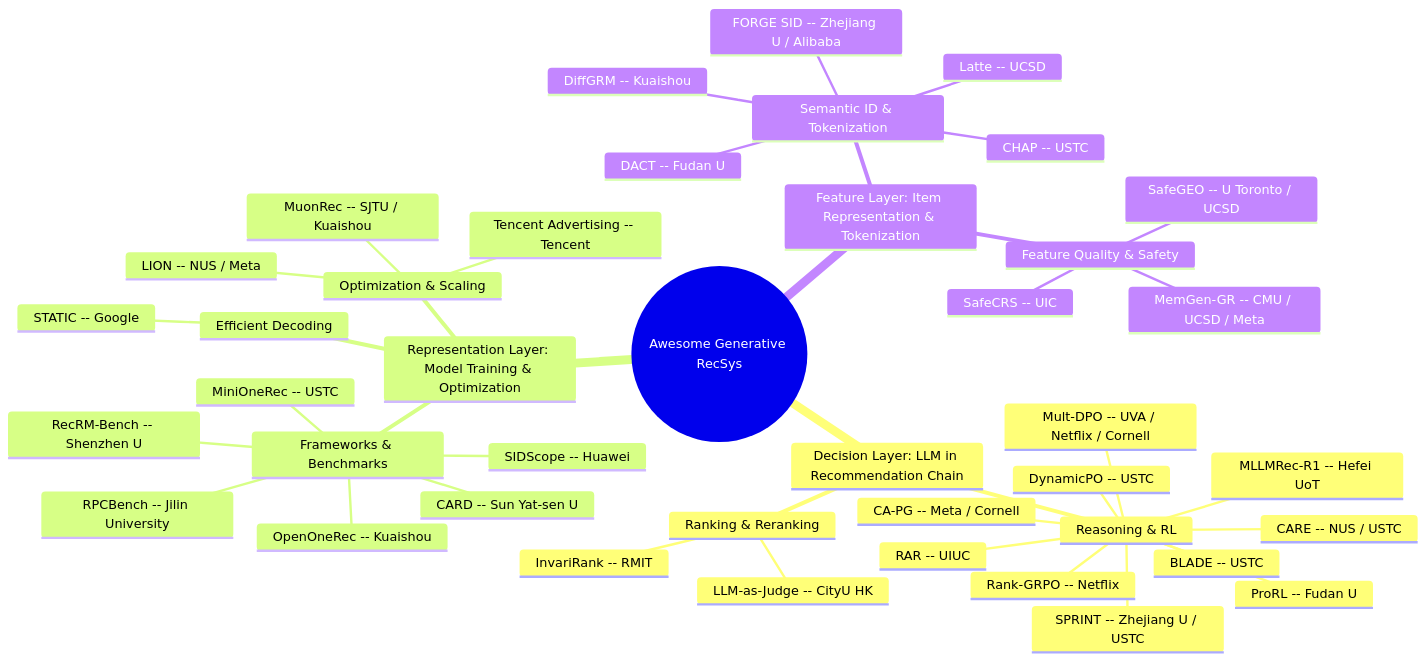
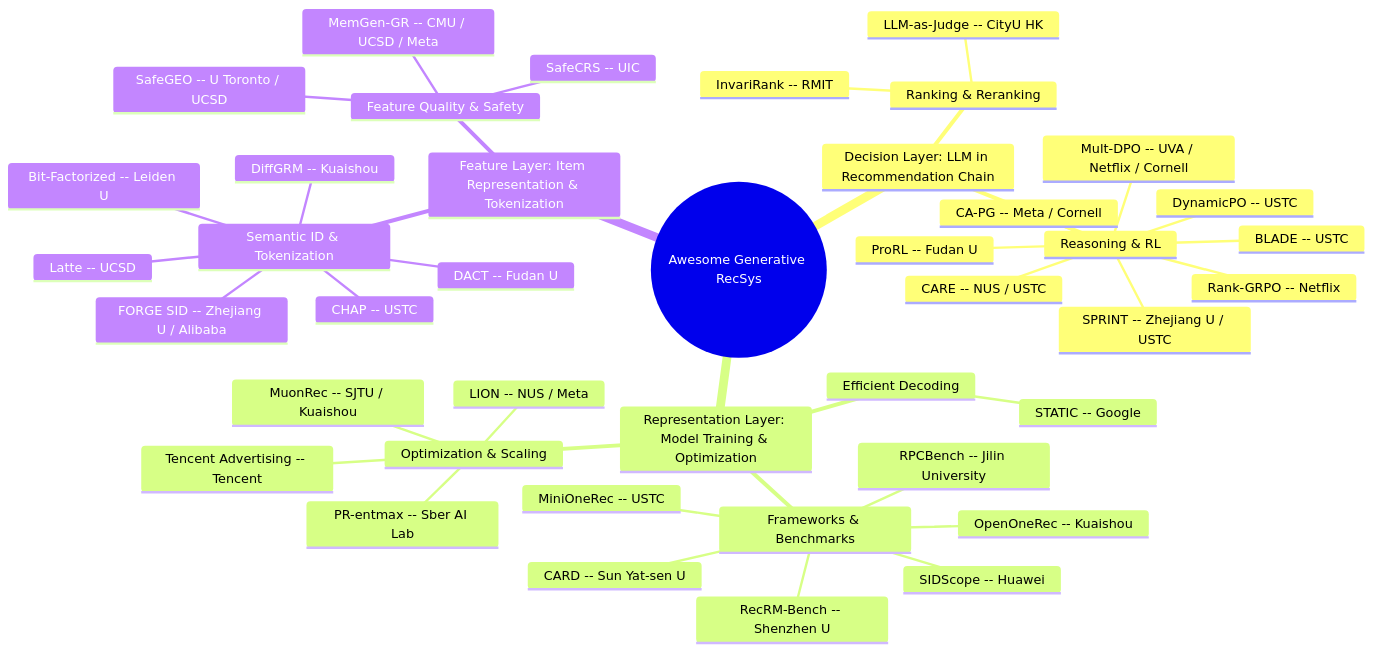
One commit to HaFred/awesome-generative-recsys changed the diagram in README.md. Above: the diagram before and after it, drawn with Mermaid. The commit also changed other lines of this file and 3 other files, not shown here.

Commit message:
feat: Oct 15 hunt — 7 genrec papers (PR-entmax, Bit-Factorized opensource) + WeGR, TacGR, OT-FlowRec, Netflix SID study; archive Oct 04

````diff
--- a/README.md
+++ b/README.md
@@ -30,44 +30,44 @@
 ```mermaid
 mindmap
   root((Awesome Generative RecSys))
     Decision Layer: LLM in Recommendation Chain
       Reasoning & RL
         Rank-GRPO -- Netflix
         DynamicPO -- USTC
         BLADE -- USTC
         SPRINT -- Zhejiang U / USTC
         CARE -- NUS / USTC
         Mult-DPO -- UVA / Netflix / Cornell
         CA-PG -- Meta / Cornell
         ProRL -- Fudan U
-        MLLMRec-R1 -- Hefei UoT
-        RAR -- UIUC
       Ranking & Reranking
         InvariRank -- RMIT
         LLM-as-Judge -- CityU HK
     Representation Layer: Model Training & Optimization
       Frameworks & Benchmarks
         MiniOneRec -- USTC
         OpenOneRec -- Kuaishou
         RecRM-Bench -- Shenzhen U
         SIDScope -- Huawei
         RPCBench -- Jilin University
         CARD -- Sun Yat-sen U
       Efficient Decoding
         STATIC -- Google
       Optimization & Scaling
         MuonRec -- SJTU / Kuaishou
         Tencent Advertising -- Tencent
         LION -- NUS / Meta
+        PR-entmax -- Sber AI Lab
     Feature Layer: Item Representation & Tokenization
       Semantic ID & Tokenization
         Latte -- UCSD
         FORGE SID -- Zhejiang U / Alibaba
         DACT -- Fudan U
         CHAP -- USTC
         DiffGRM -- Kuaishou
+        Bit-Factorized -- Leiden U
       Feature Quality & Safety
         SafeGEO -- U Toronto / UCSD
         MemGen-GR -- CMU / UCSD / Meta
         SafeCRS -- UIC
 ```
````
